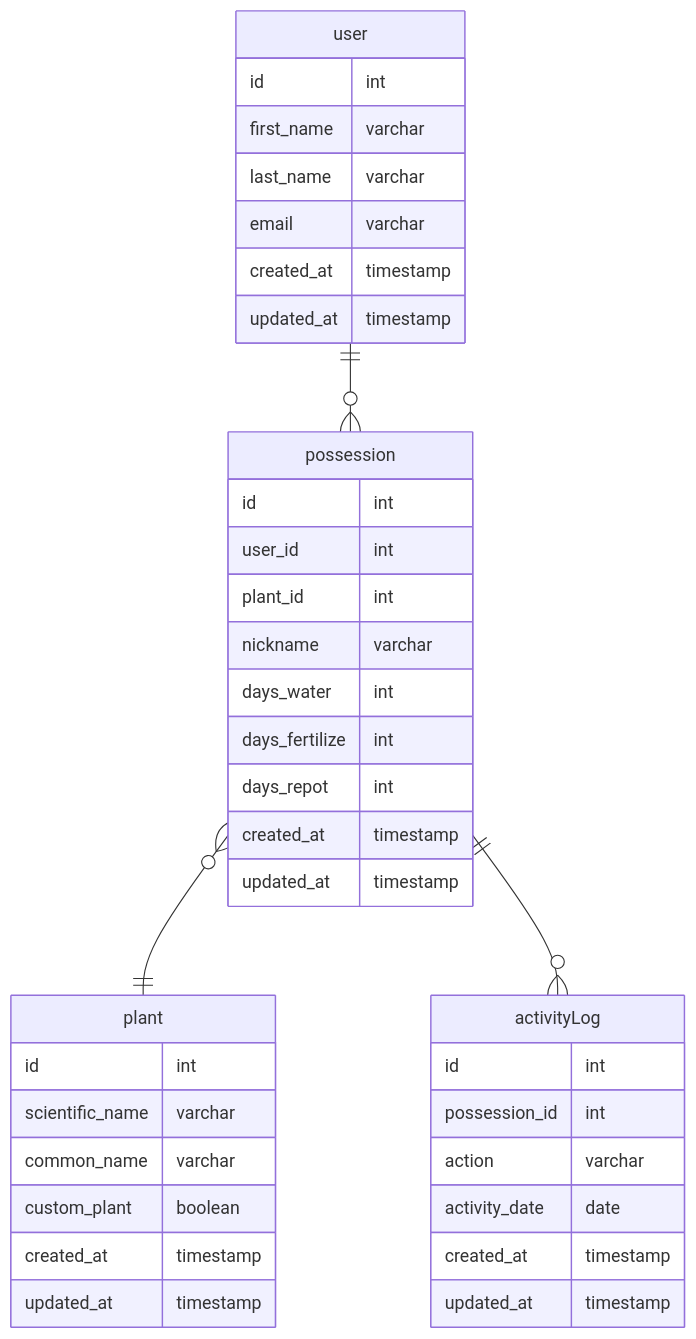
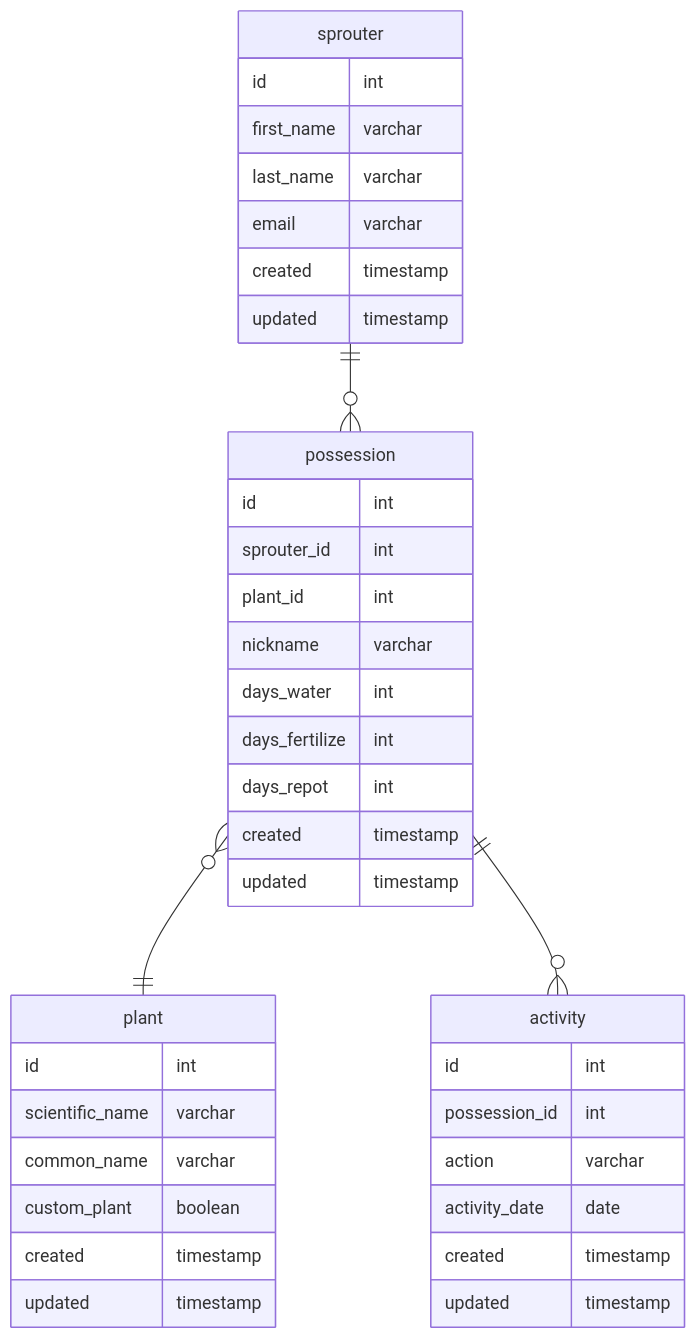
The diagram in docs/brainstorm.md (michael-lok/sprout), drawn with Mermaid before and after one commit. The commit also changed other lines of this file and 15 other files, not shown here.

````diff
--- a/docs/brainstorm.md
+++ b/docs/brainstorm.md
@@ -32,47 +32,47 @@
 ```mermaid
 erDiagram
 
-user {
+sprouter {
     id int
     first_name varchar
     last_name varchar
     email varchar
-    created_at timestamp
-    updated_at timestamp
+    created timestamp
+    updated timestamp
 }
 
 plant {
     id int
     scientific_name varchar
     common_name varchar
     custom_plant boolean
-    created_at timestamp
-    updated_at timestamp
+    created timestamp
+    updated timestamp
 }
 
 possession {
     id int
-    user_id int
+    sprouter_id int
     plant_id int
     nickname varchar
     days_water int
     days_fertilize int
     days_repot int
-    created_at timestamp
-    updated_at timestamp
+    created timestamp
+    updated timestamp
 }
 
-activityLog {
+activity {
     id int
     possession_id int
     action varchar
     activity_date date
-    created_at timestamp
-    updated_at timestamp
+    created timestamp
+    updated timestamp
 }
 
 
-user ||--o{ possession : ""
+sprouter ||--o{ possession : ""
 possession }o--|| plant : ""
-possession ||--o{ activityLog : ""
+possession ||--o{ activity : ""
 ```
````
